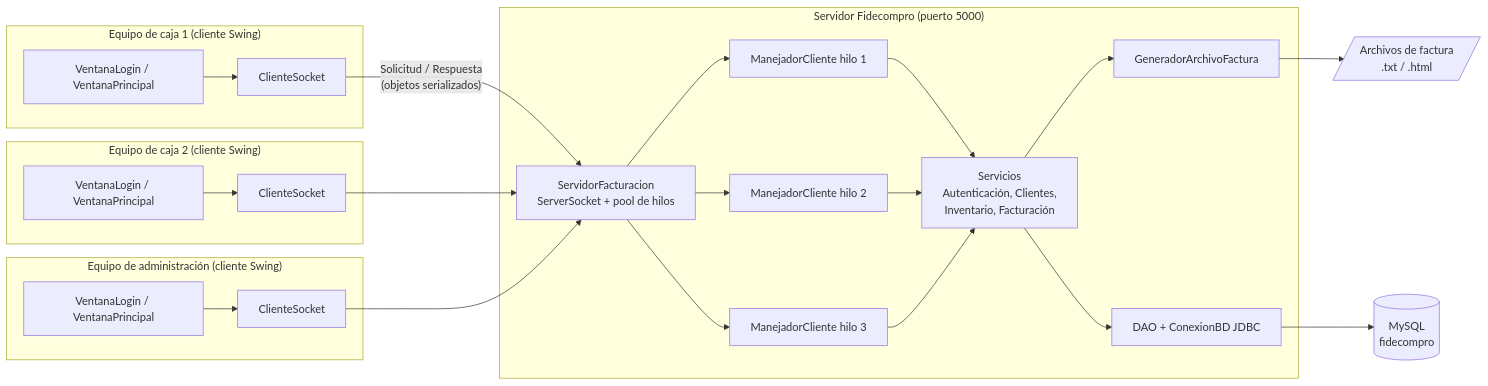
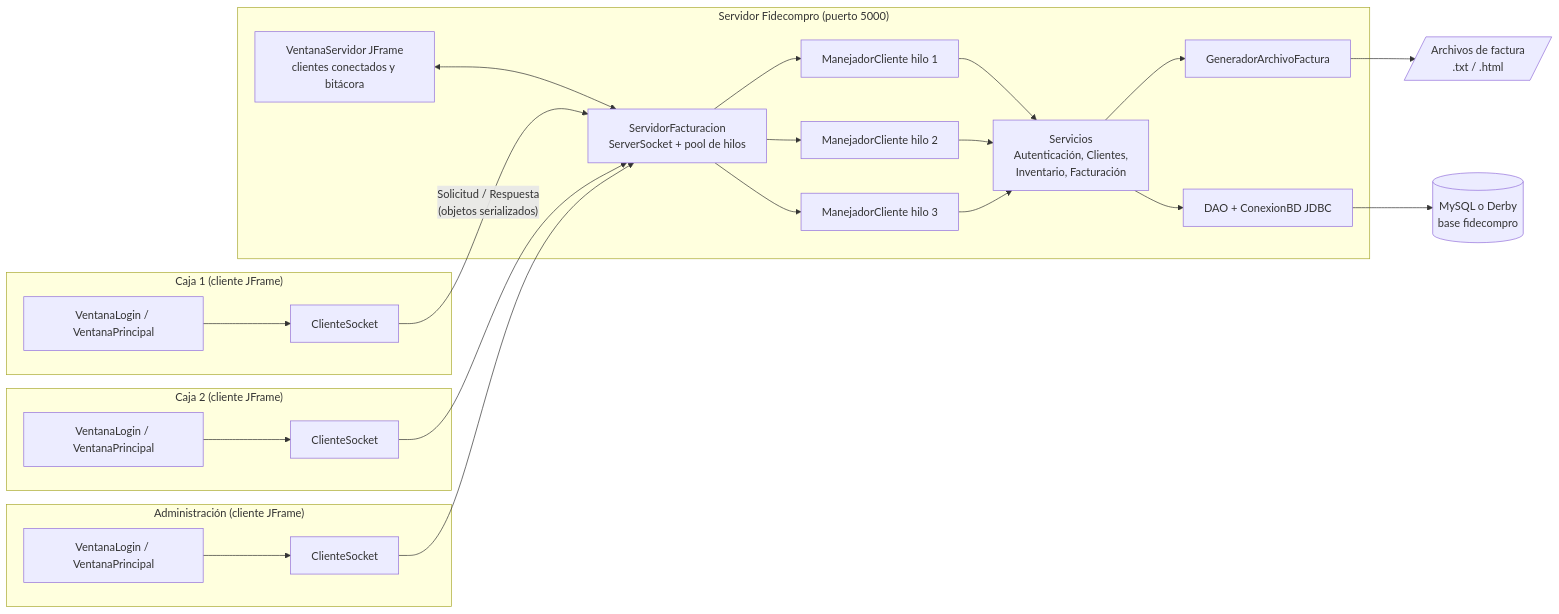
Before and after one commit to luisamri91/Avance1: the diagram in docs/diagramas/03_arquitectura.mmd, drawn with Mermaid. The commit also changed 33 other files, not shown here.

```diff
--- a/docs/diagramas/03_arquitectura.mmd
+++ b/docs/diagramas/03_arquitectura.mmd
@@ -1,33 +1,35 @@
 flowchart LR
-    subgraph C1["Equipo de caja 1 (cliente Swing)"]
+    subgraph C1["Caja 1 (cliente JFrame)"]
         A1[VentanaLogin / VentanaPrincipal] --> S1[ClienteSocket]
     end
-    subgraph C2["Equipo de caja 2 (cliente Swing)"]
+    subgraph C2["Caja 2 (cliente JFrame)"]
         A2[VentanaLogin / VentanaPrincipal] --> S2[ClienteSocket]
     end
-    subgraph C3["Equipo de administración (cliente Swing)"]
+    subgraph C3["Administración (cliente JFrame)"]
         A3[VentanaLogin / VentanaPrincipal] --> S3[ClienteSocket]
     end
 
     subgraph SRV["Servidor Fidecompro (puerto 5000)"]
+        VS[VentanaServidor JFrame<br/>clientes conectados y bitácora]
         SS[ServidorFacturacion<br/>ServerSocket + pool de hilos]
+        VS <--> SS
         H1[ManejadorCliente hilo 1]
         H2[ManejadorCliente hilo 2]
         H3[ManejadorCliente hilo 3]
         SV[Servicios<br/>Autenticación, Clientes,<br/>Inventario, Facturación]
         GA[GeneradorArchivoFactura]
         DAO[DAO + ConexionBD JDBC]
         SS --> H1 & H2 & H3
         H1 & H2 & H3 --> SV
         SV --> GA
         SV --> DAO
     end
 
-    DB[(MySQL<br/>fidecompro)]
+    DB[(MySQL o Derby<br/>base fidecompro)]
     FS[/Archivos de factura<br/>.txt / .html/]
 
     S1 -- "Solicitud / Respuesta<br/>(objetos serializados)" --> SS
     S2 --> SS
     S3 --> SS
     DAO --> DB
     GA --> FS
```
